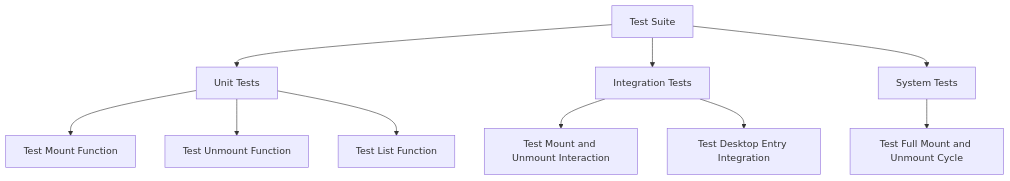
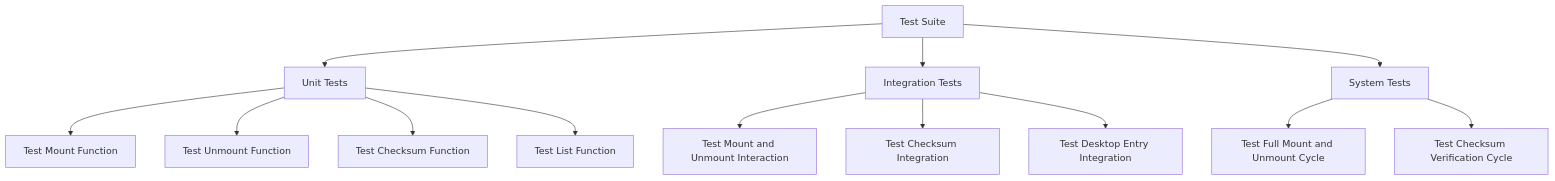
Before and after one commit to WombatFromHell/squashfs-archive-helper: the seventh of 9 diagrams in DESIGN.md, drawn with Mermaid. The commit also changed other lines of this file and 25 other files, not shown here.

````diff
--- a/DESIGN.md
+++ b/DESIGN.md
@@ -82,12 +374,15 @@
 ```mermaid
 graph TD
     A[Test Suite] --> B[Unit Tests]
     A --> C[Integration Tests]
     A --> D[System Tests]
     B --> E[Test Mount Function]
     B --> F[Test Unmount Function]
-    B --> G[Test List Function]
-    C --> H[Test Mount and Unmount Interaction]
-    C --> I[Test Desktop Entry Integration]
-    D --> J[Test Full Mount and Unmount Cycle]
+    B --> G[Test Checksum Function]
+    B --> H[Test List Function]
+    C --> I[Test Mount and Unmount Interaction]
+    C --> J[Test Checksum Integration]
+    C --> K[Test Desktop Entry Integration]
+    D --> L[Test Full Mount and Unmount Cycle]
+    D --> M[Test Checksum Verification Cycle]
 ```
````
